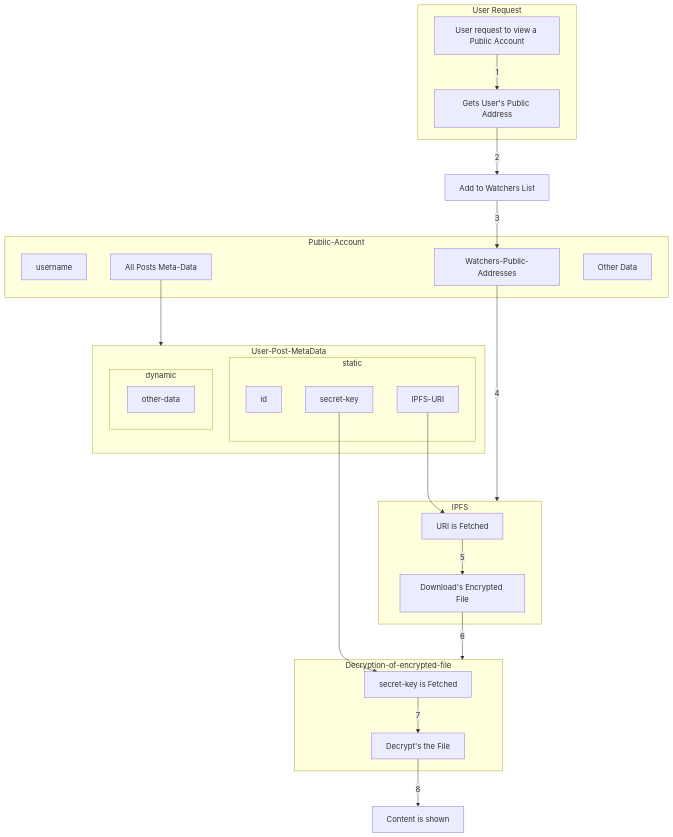
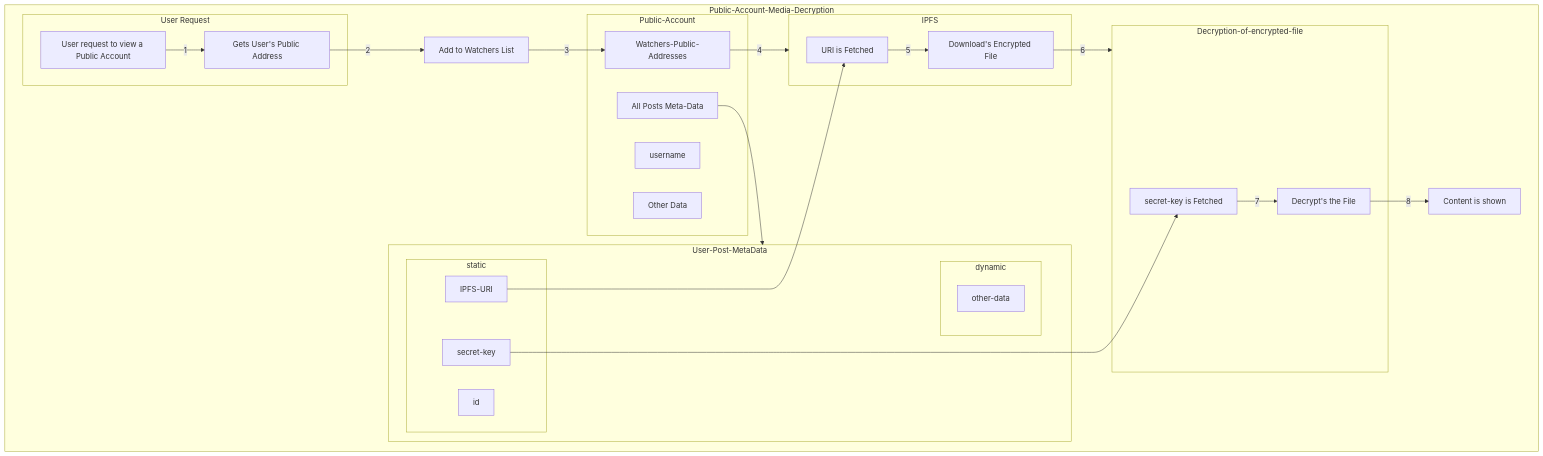
The fifth of 7 diagrams in README.md (viralfoundation/Technical-Whitepaper-LaTeX), drawn with Mermaid before and after one commit. The commit also changed other lines of this file, not shown here.

Commit message:
LR to TB

````diff
--- a/README.md
+++ b/README.md
@@ -508,44 +508,44 @@
 ```mermaid
 flowchart TB
-
+subgraph Public-Account-Media-Decryption
   A0[User request to view a Public Account]
   subgraph User Request
   A0--1-->A1
   A1[Gets User's Public Address]
   end
   subgraph Public-Account
   B1[username]
   B2[Watchers-Public-Addresses]
   B3[All Posts Meta-Data]
   B4[Other Data]
   end
   A1--2-->K1[Add to Watchers List]--3-->B2
     subgraph IPFS
   C1[URI is Fetched]
   C2[Download's Encrypted File]
   C1--5-->C2
   end
   subgraph Decryption-of-encrypted-file
   D1[secret-key is Fetched]
   D2[Decrypt's the File]
   D1--7-->D2
   end 
   subgraph User-Post-MetaData
   subgraph static
   id
   IPFS-URI
   secret-key
   end
   subgraph dynamic
   other-data
   end
   end
   IPFS-URI--->C1
   secret-key--->D1
   B3--->User-Post-MetaData
   B2--4-->IPFS
   C2--6-->Decryption-of-encrypted-file
   Z[Content is shown]
   D2--8-->Z
-
+end
 ```
````
